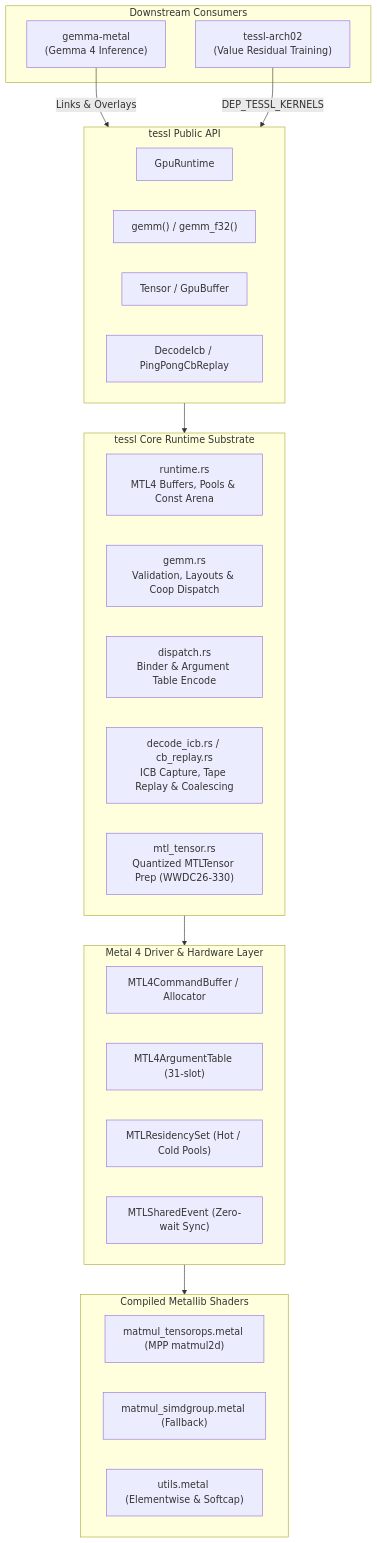
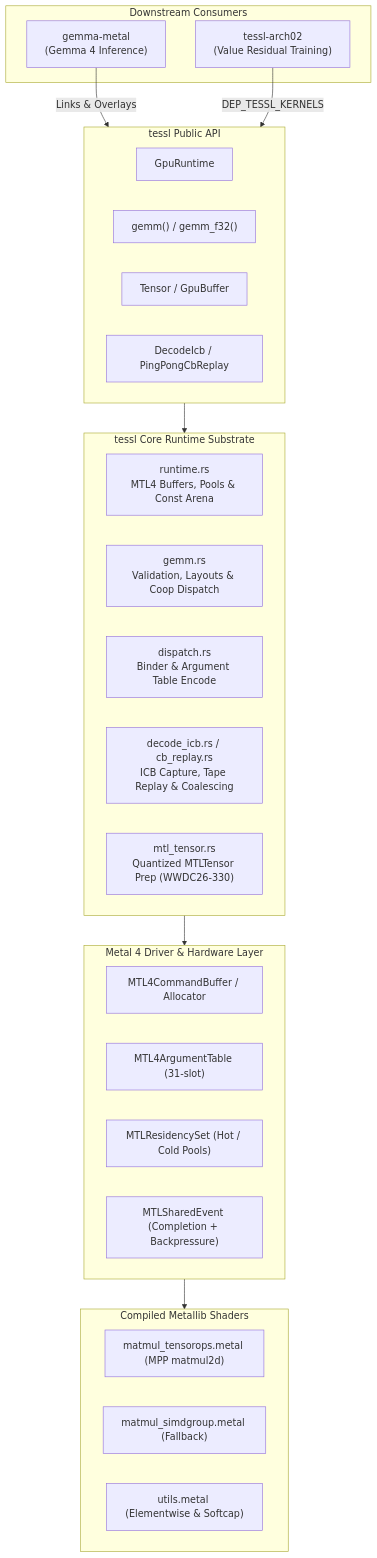
Before and after one commit to bharathvbcr/MachineLearning: the first of 4 diagrams in Rust_MLKit/crates/tessl/README.md, drawn with Mermaid. The commit also changed other lines of this file and 76 other files, not shown here.

````diff
--- a/Rust_MLKit/crates/tessl/README.md
+++ b/Rust_MLKit/crates/tessl/README.md
@@ -29,41 +29,41 @@
 ```mermaid
 graph TD
     subgraph Consumers["Downstream Consumers"]
         Gemma["gemma-metal<br/>(Gemma 4 Inference)"]
         Arch02["tessl-arch02<br/>(Value Residual Training)"]
     end
 
     subgraph TesslAPI["tessl Public API"]
         GpuRt["GpuRuntime"]
         GemmFn["gemm() / gemm_f32()"]
         TensorObj["Tensor / GpuBuffer"]
         IcbObj["DecodeIcb / PingPongCbReplay"]
     end
 
     subgraph CoreEngine["tessl Core Runtime Substrate"]
         RuntimeMod["runtime.rs<br/>MTL4 Buffers, Pools & Const Arena"]
         GemmMod["gemm.rs<br/>Validation, Layouts & Coop Dispatch"]
         DispatchMod["dispatch.rs<br/>Binder & Argument Table Encode"]
         IcbMod["decode_icb.rs / cb_replay.rs<br/>ICB Capture, Tape Replay & Coalescing"]
         MtlTensorMod["mtl_tensor.rs<br/>Quantized MTLTensor Prep (WWDC26-330)"]
     end
 
     subgraph Metal4Layer["Metal 4 Driver & Hardware Layer"]
         CmdBuf["MTL4CommandBuffer / Allocator"]
         ArgTable["MTL4ArgumentTable (31-slot)"]
         ResSet["MTLResidencySet (Hot / Cold Pools)"]
-        SharedEvt["MTLSharedEvent (Zero-wait Sync)"]
+        SharedEvt["MTLSharedEvent (Completion + Backpressure)"]
     end
 
     subgraph Shaders["Compiled Metallib Shaders"]
         TensorOpsMetal["matmul_tensorops.metal (MPP matmul2d)"]
         SimdMetal["matmul_simdgroup.metal (Fallback)"]
         UtilsMetal["utils.metal (Elementwise & Softcap)"]
     end
 
     Gemma -->|Links & Overlays| TesslAPI
     Arch02 -->|DEP_TESSL_KERNELS| TesslAPI
     TesslAPI --> CoreEngine
     CoreEngine --> Metal4Layer
     Metal4Layer --> Shaders
 ```
````
